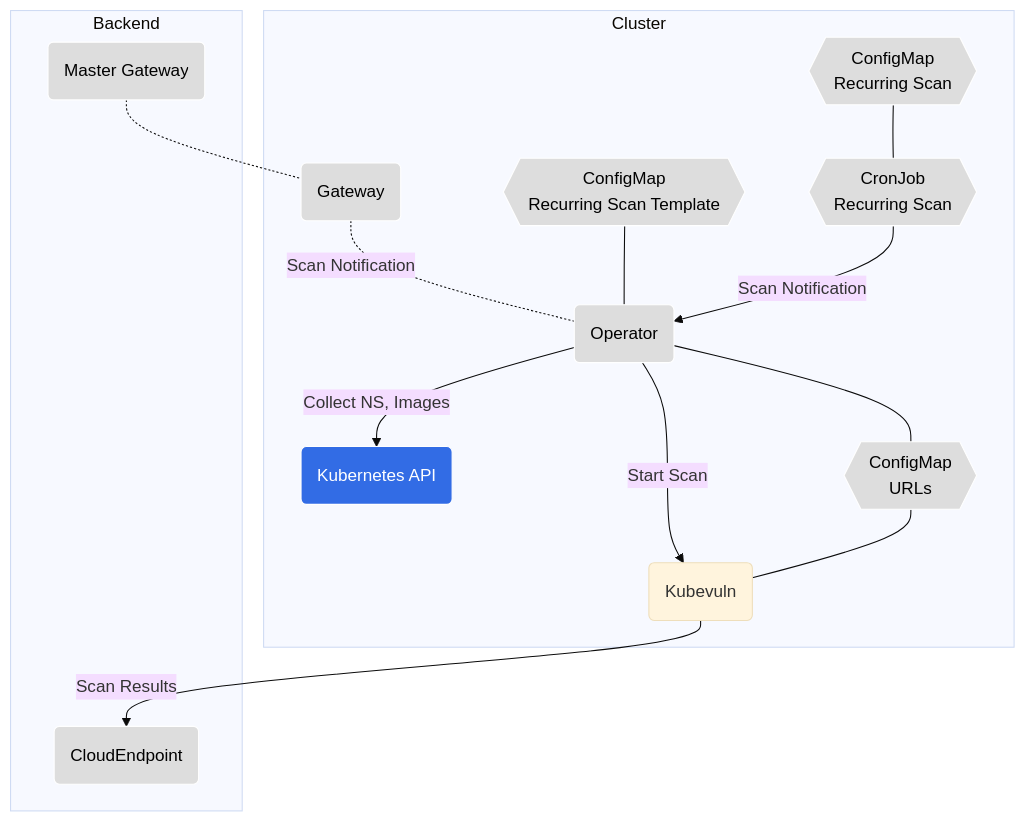
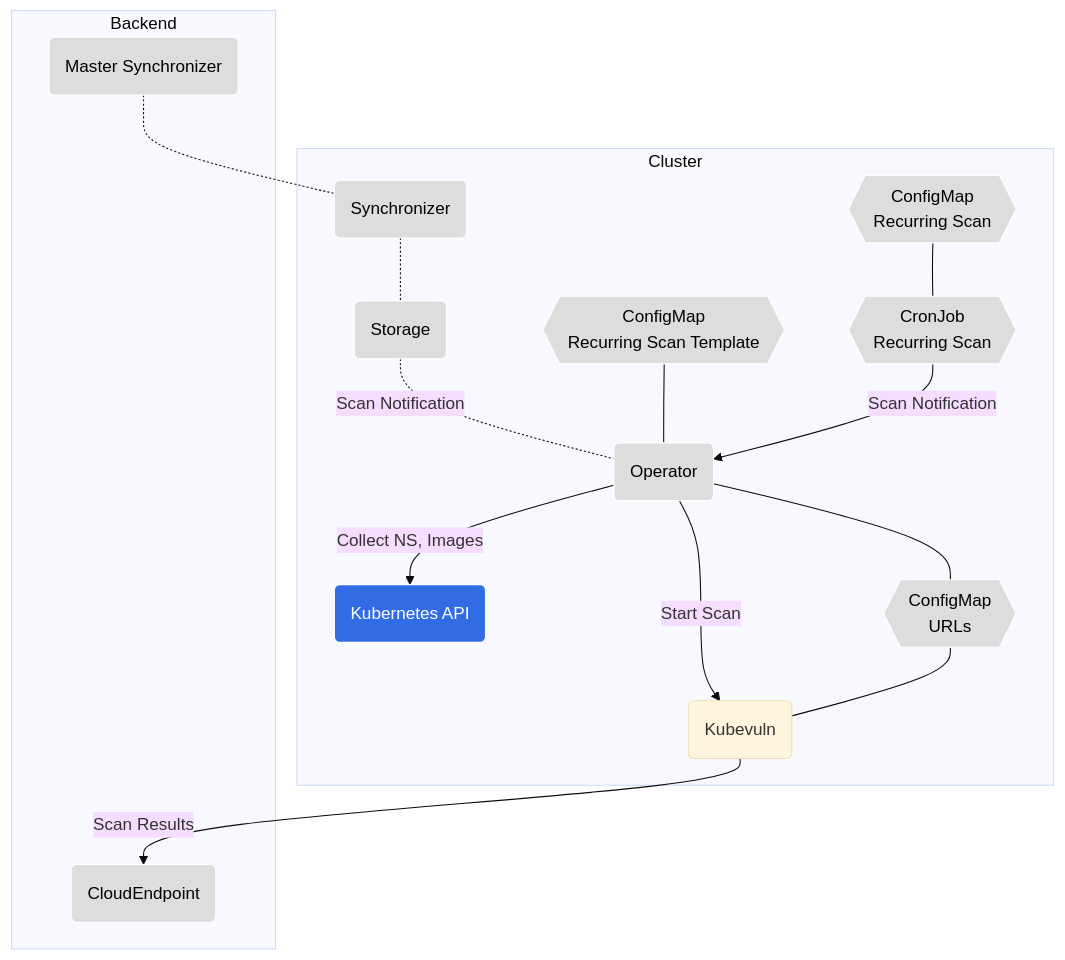
One commit to kubescape/helm-charts changed the fifth of 7 diagrams in charts/kubescape-operator/README.md. Above: the diagram before and after it, drawn with Mermaid (base theme). The commit also changed other lines of this file and 1 other file, not shown here.

Commit message:
update readme and diagrams

````diff
--- a/charts/kubescape-operator/README.md
+++ b/charts/kubescape-operator/README.md
@@ -294,39 +339,40 @@
 ```mermaid
 graph TB
 
 subgraph Cluster
     kubevuln(Kubevuln)
     k8sApi(Kubernetes API)
     operator(Operator)
-    gateway(Gateway)
+    store(Storage)
+    sync(Synchronizer)
     urlCm{{ConfigMap<br>URLs }}
     recurringScanCj{{CronJob<br>Recurring Scan }}
     recurringScanCm{{ConfigMap<br>Recurring Scan }}
     recurringTempCm{{ConfigMap<br>Recurring Scan Template }}
 
 end
 
-masterGateway .- gateway
-gateway .-|Scan Notification| operator
+masterSync .- sync
+sync .- store .-|Scan Notification| operator
 operator -->|Collect NS, Images|k8sApi
 operator -->|Start Scan| kubevuln
 operator --- urlCm
 urlCm --- kubevuln
 recurringTempCm --- operator
 recurringScanCj -->|Scan Notification| operator
 recurringScanCm --- recurringScanCj
 
 subgraph Backend
     er(CloudEndpoint)
-    masterGateway("Master Gateway")
+    masterSync("Master Synchronizer")
     kubevuln -->|Scan Results| er
 end;
 
 classDef k8s fill:#326ce5,stroke:#fff,stroke-width:1px,color:#fff;
 classDef plain fill:#ddd,stroke:#fff,stroke-width:1px,color:#000
 
 class k8sApi k8s
-class urlCm,recurringScanCm,operator,er,gateway,masterGateway,recurringScanCj,recurringTempCm plain
+class urlCm,recurringScanCm,operator,er,sync,masterSync,recurringScanCj,recurringTempCm,store plain
 
 
 ```
````
